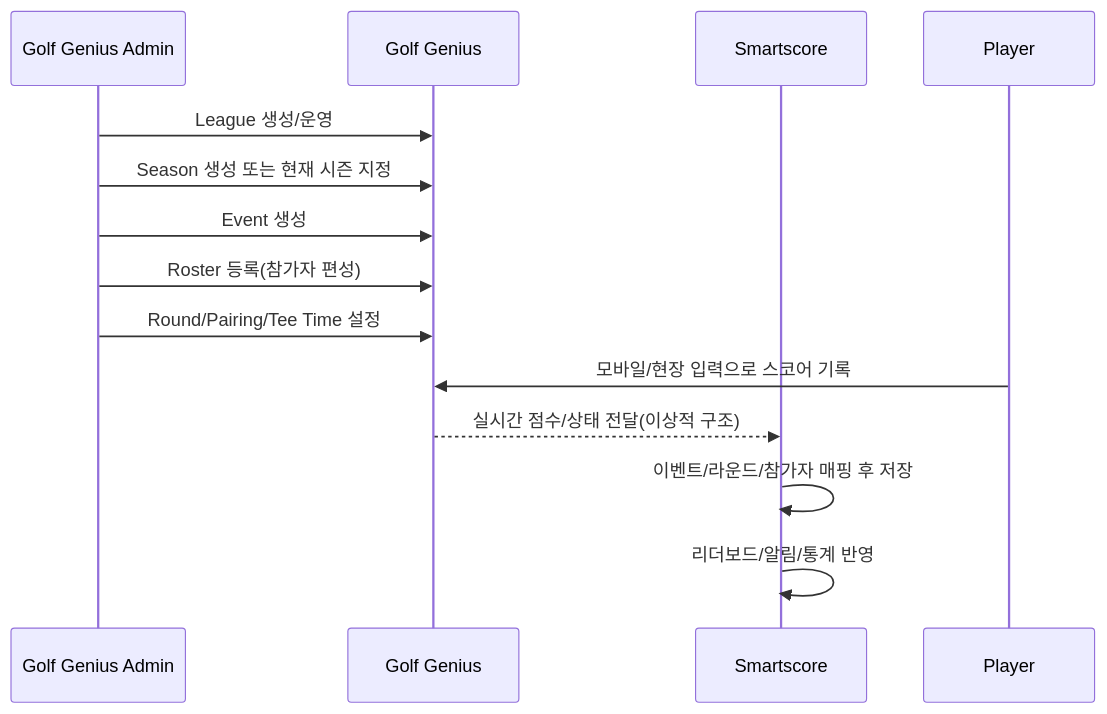
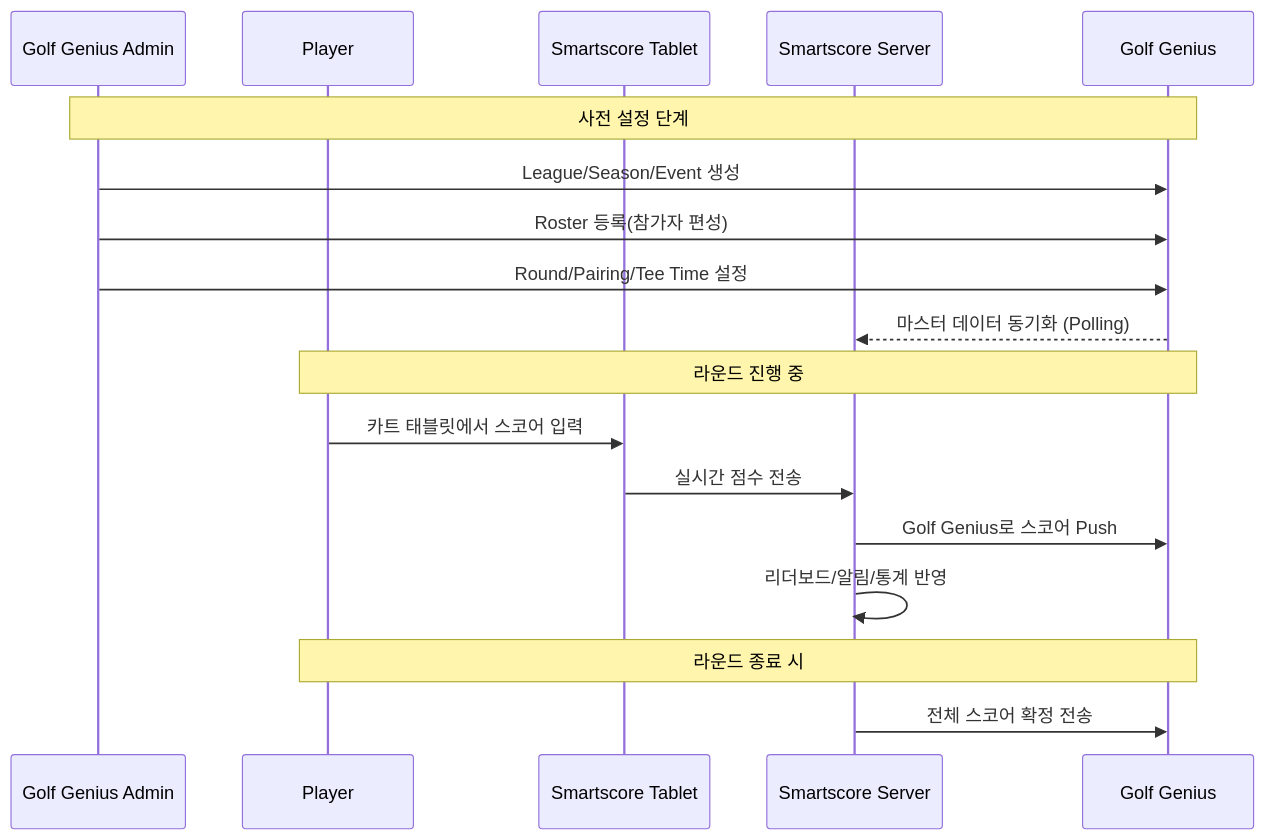
The fifth of 6 diagrams in docs/design/data-model.md (erichshan/golf-genius), drawn with Mermaid before and after one commit. The commit also changed other lines of this file and 9 other files, not shown here.

````diff
--- a/docs/design/data-model.md
+++ b/docs/design/data-model.md
@@ -178,16 +386,23 @@
 ```mermaid
 sequenceDiagram
     participant Admin as Golf Genius Admin
+    participant Player as Player
+    participant Tablet as Smartscore Tablet
+    participant SS as Smartscore Server
     participant GG as Golf Genius
-    participant SS as Smartscore
 
-    Admin->>GG: League 생성/운영
-    Admin->>GG: Season 생성 또는 현재 시즌 지정
-    Admin->>GG: Event 생성
+    Note over Admin,GG: 사전 설정 단계
+    Admin->>GG: League/Season/Event 생성
     Admin->>GG: Roster 등록(참가자 편성)
     Admin->>GG: Round/Pairing/Tee Time 설정
-    Player->>GG: 모바일/현장 입력으로 스코어 기록
-    GG-->>SS: 실시간 점수/상태 전달(이상적 구조)
-    SS->>SS: 이벤트/라운드/참가자 매핑 후 저장
+    GG-->>SS: 마스터 데이터 동기화 (Polling)
+
+    Note over Player,GG: 라운드 진행 중
+    Player->>Tablet: 카트 태블릿에서 스코어 입력
+    Tablet->>SS: 실시간 점수 전송
+    SS->>GG: Golf Genius로 스코어 Push
     SS->>SS: 리더보드/알림/통계 반영
+
+    Note over Player,GG: 라운드 종료 시
+    SS->>GG: 전체 스코어 확정 전송
 ```
````
